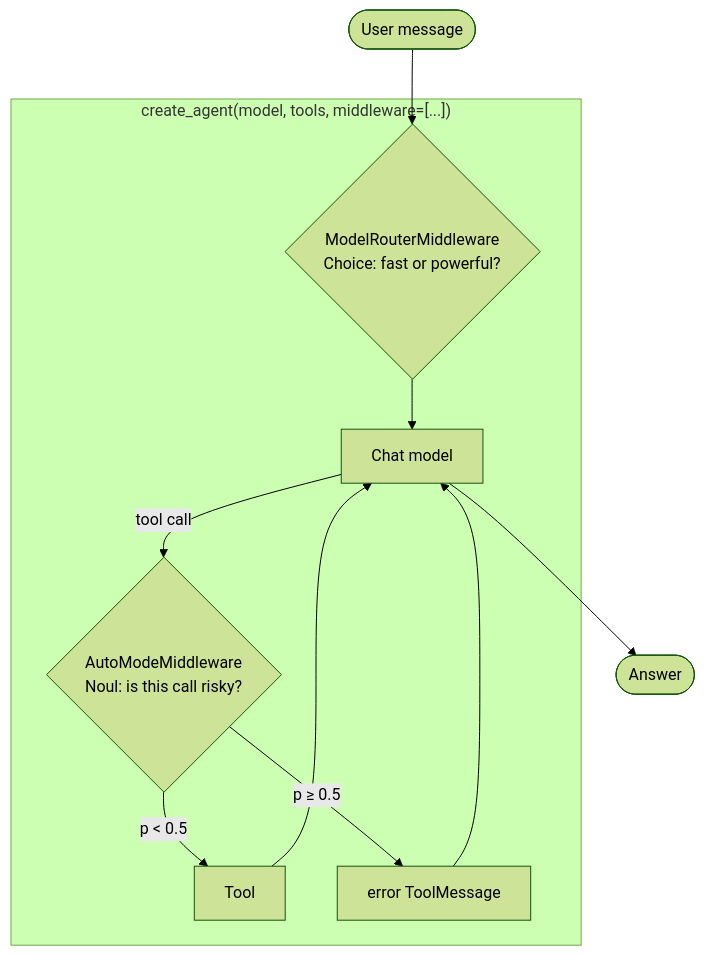
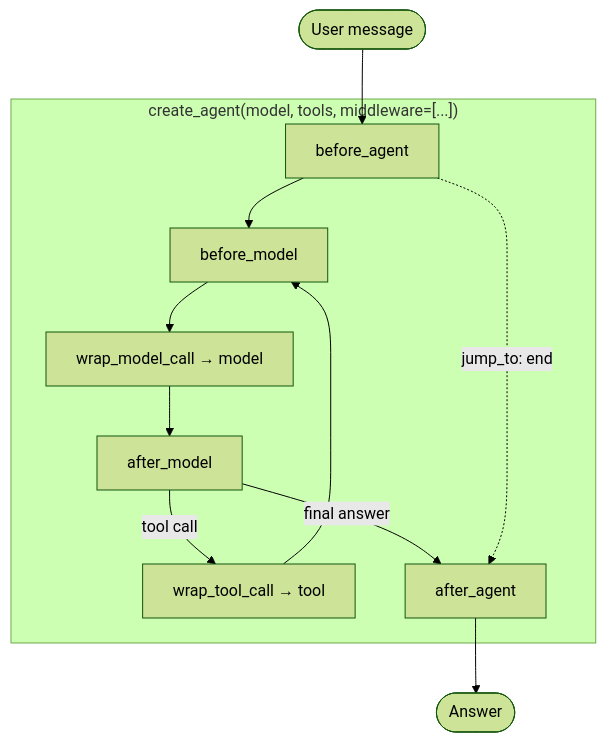
The diagram in README.md (HaykSahakyan11/Langchain_tutorial), drawn with Mermaid (forest theme) before and after one commit. The commit also changed other lines of this file and 15 other files, not shown here.

Commit message:
add agent-middleware

````diff
--- a/README.md
+++ b/README.md
@@ -12,18 +12,17 @@
 ```mermaid
 graph TB
-    User([User message]) --> Route
+    User([User message]) --> BA
     subgraph Harness["create_agent(model, tools, middleware=[...])"]
-        Route{"ModelRouterMiddleware<br/>Choice: fast or powerful?"}
-        Model["Chat model"]
-        Gate{"AutoModeMiddleware<br/>Noul: is this call risky?"}
-        Tool["Tool"]
-        Blocked["error ToolMessage"]
+        BA["before_agent"]
+        BM["before_model"]
+        Model["wrap_model_call → model"]
+        AM["after_model"]
+        Tool["wrap_tool_call → tool"]
+        AA["after_agent"]
     end
-    Route --> Model
-    Model -->|tool call| Gate
-    Gate -->|"p < 0.5"| Tool
-    Gate -->|"p ≥ 0.5"| Blocked
-    Tool --> Model
-    Blocked --> Model
-    Model --> Answer([Answer])
+    BA --> BM --> Model --> AM
+    AM -->|tool call| Tool --> BM
+    AM -->|final answer| AA
+    BA -.->|"jump_to: end"| AA
+    AA --> Answer([Answer])
 ```
````
